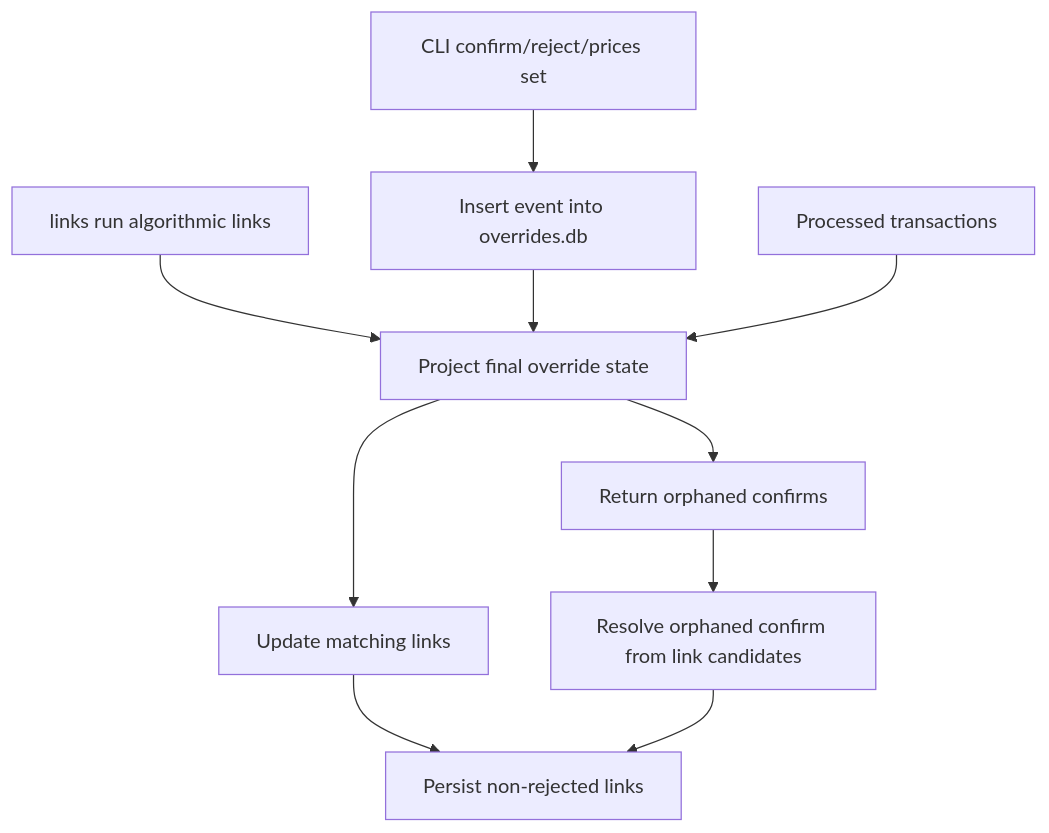
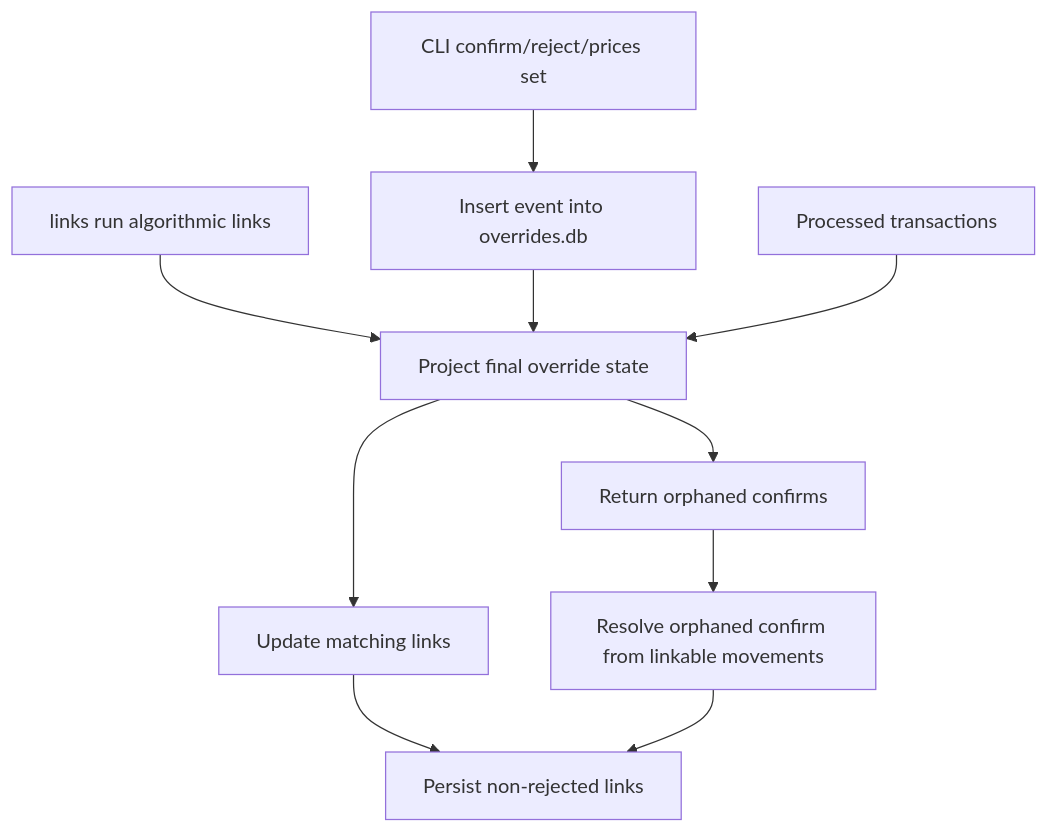
One commit to jbelanger/exitbook changed the diagram in docs/specs/override-event-store-and-replay.md. Above: the diagram before and after it, drawn with Mermaid. The commit also changed other lines of this file and 140 other files, not shown here.

````diff
--- a/docs/specs/override-event-store-and-replay.md
+++ b/docs/specs/override-event-store-and-replay.md
@@ -231,12 +231,12 @@
 ```mermaid
 graph TD
     A["CLI confirm/reject/prices set"] --> B["Insert event into overrides.db"]
     C["links run algorithmic links"] --> D["Project final override state"]
     B --> D
     E["Processed transactions"] --> D
     D --> F["Update matching links"]
     D --> G["Return orphaned confirms"]
-    G --> H["Resolve orphaned confirm from link candidates"]
+    G --> H["Resolve orphaned confirm from linkable movements"]
     F --> I["Persist non-rejected links"]
     H --> I
 ```
````
